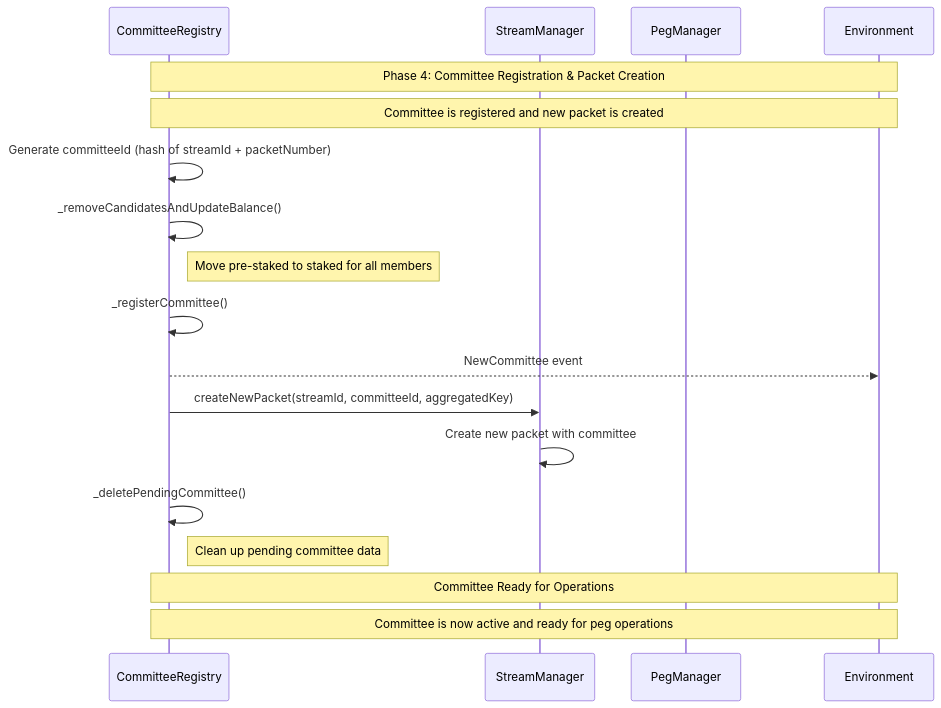
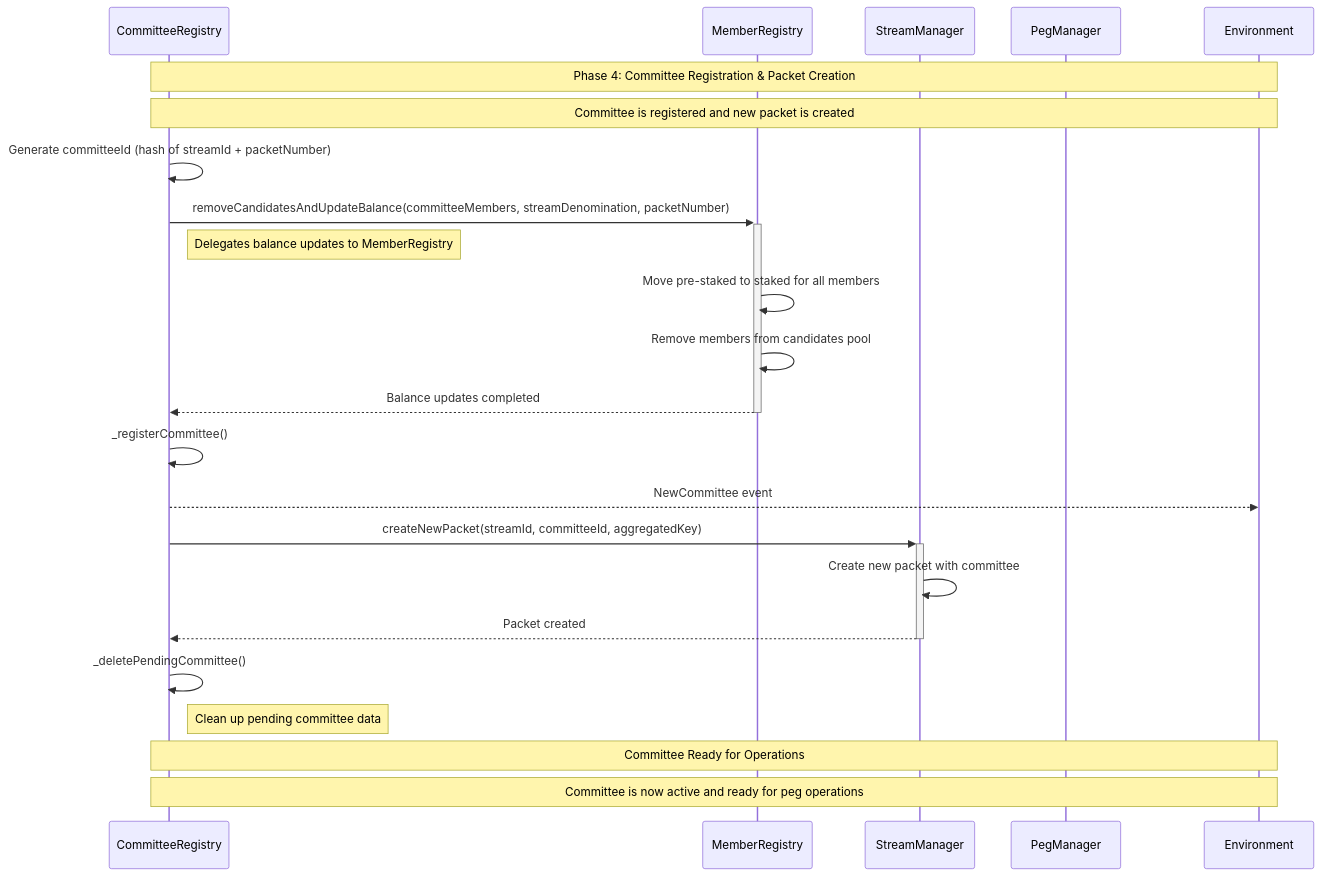
Before and after one commit to rsksmart/union-bridge-contracts: the fourth of 12 diagrams in docs/src/README.md, drawn with Mermaid. The commit also changed other lines of this file and 95 other files, not shown here.

````diff
--- a/docs/src/README.md
+++ b/docs/src/README.md
@@ -134,23 +410,28 @@
 ```mermaid
 sequenceDiagram
     participant CR as CommitteeRegistry
+    participant MR as MemberRegistry
     participant SM as StreamManager
     participant PM as PegManager
     participant ENV as Environment
 
     Note over CR,ENV: Phase 4: Committee Registration & Packet Creation
     Note over CR,ENV: Committee is registered and new packet is created
 
     CR->>CR: Generate committeeId (hash of streamId + packetNumber)
-    CR->>CR: _removeCandidatesAndUpdateBalance()
-    Note right of CR: Move pre-staked to staked for all members
+    CR->>+MR: removeCandidatesAndUpdateBalance(committeeMembers, streamDenomination, packetNumber)
+    Note right of CR: Delegates balance updates to MemberRegistry
+    MR->>MR: Move pre-staked to staked for all members
+    MR->>MR: Remove members from candidates pool
+    MR-->>-CR: Balance updates completed
     CR->>CR: _registerCommittee()
     CR-->>ENV: NewCommittee event
-    CR->>SM: createNewPacket(streamId, committeeId, aggregatedKey)
+    CR->>+SM: createNewPacket(streamId, committeeId, aggregatedKey)
     SM->>SM: Create new packet with committee
+    SM-->>-CR: Packet created
     CR->>CR: _deletePendingCommittee()
     Note right of CR: Clean up pending committee data
 
     Note over CR,ENV: Committee Ready for Operations
     Note over CR,ENV: Committee is now active and ready for peg operations
 ```
````
